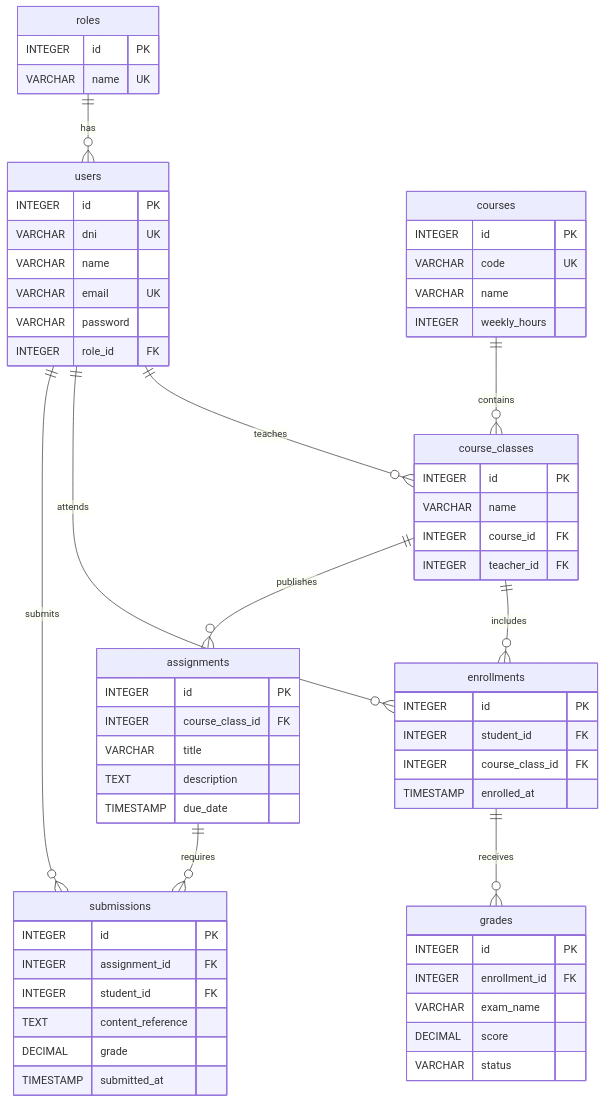
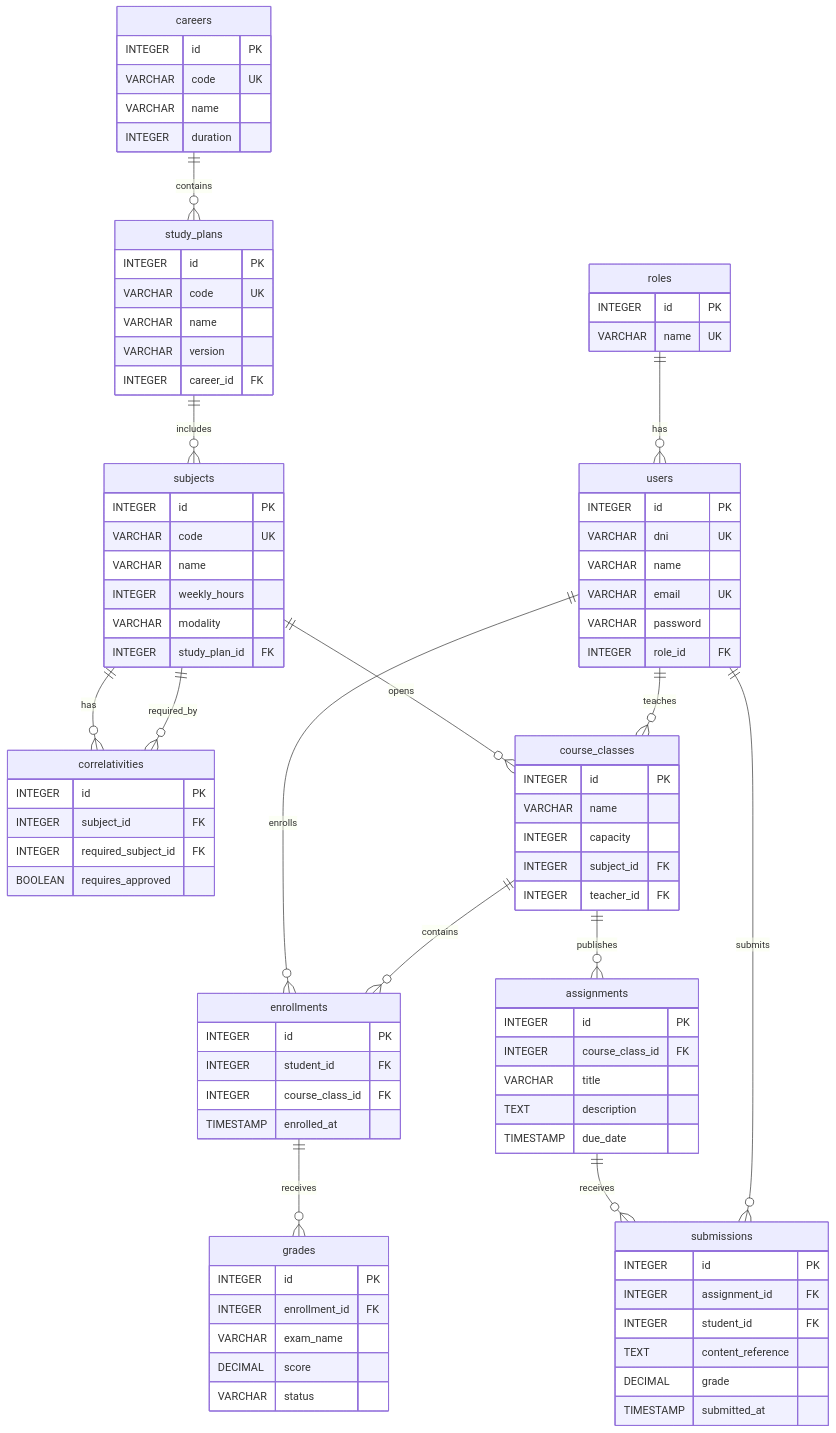
The second of 4 diagrams in documentacion/diagramas/diagrama_clases.md (alejobonavia003/Proyecto-integrador-Ing-2026), drawn with Mermaid before and after one commit. The commit also changed 36 other files, not shown here.

````diff
--- a/documentacion/diagramas/diagrama_clases.md
+++ b/documentacion/diagramas/diagrama_clases.md
@@ -537,17 +537,42 @@
         INTEGER role_id FK
     }
 
-    courses {
+    careers {
+        INTEGER id PK
+        VARCHAR code UK
+        VARCHAR name
+        INTEGER duration
+    }
+
+    study_plans {
+        INTEGER id PK
+        VARCHAR code UK
+        VARCHAR name
+        VARCHAR version
+        INTEGER career_id FK
+    }
+
+    subjects {
         INTEGER id PK
         VARCHAR code UK
         VARCHAR name
         INTEGER weekly_hours
+        VARCHAR modality
+        INTEGER study_plan_id FK
+    }
+
+    correlativities {
+        INTEGER id PK
+        INTEGER subject_id FK
+        INTEGER required_subject_id FK
+        BOOLEAN requires_approved
     }
 
     course_classes {
         INTEGER id PK
         VARCHAR name
-        INTEGER course_id FK
+        INTEGER capacity
+        INTEGER subject_id FK
         INTEGER teacher_id FK
     }
 
@@ -583,18 +608,32 @@
         TIMESTAMP submitted_at
     }
 
-    roles ||--o{ users : has
+    %% =====================================
+    %% RELACIONES
+    %% =====================================
 
-    users ||--o{ course_classes : teaches
-    users ||--o{ enrollments : attends
-    users ||--o{ submissions : submits
+    roles ||--o{ users : "has"
 
-    courses ||--o{ course_classes : contains
+    careers ||--o{ study_plans : "contains"
 
-    course_classes ||--o{ enrollments : includes
-    course_classes ||--o{ assignments : publishes
+    study_plans ||--o{ subjects : "includes"
 
-    enrollments ||--o{ grades : receives
+    subjects ||--o{ correlativities : "has"
+    subjects ||--o{ correlativities : "required_by"
 
-    assignments ||--o{ submissions : requires
+    subjects ||--o{ course_classes : "opens"
+
+    users ||--o{ course_classes : "teaches"
+
+    users ||--o{ enrollments : "enrolls"
+
+    course_classes ||--o{ enrollments : "contains"
+
+    enrollments ||--o{ grades : "receives"
+
+    course_classes ||--o{ assignments : "publishes"
+
+    assignments ||--o{ submissions : "receives"
+
+    users ||--o{ submissions : "submits"
 ```
````
